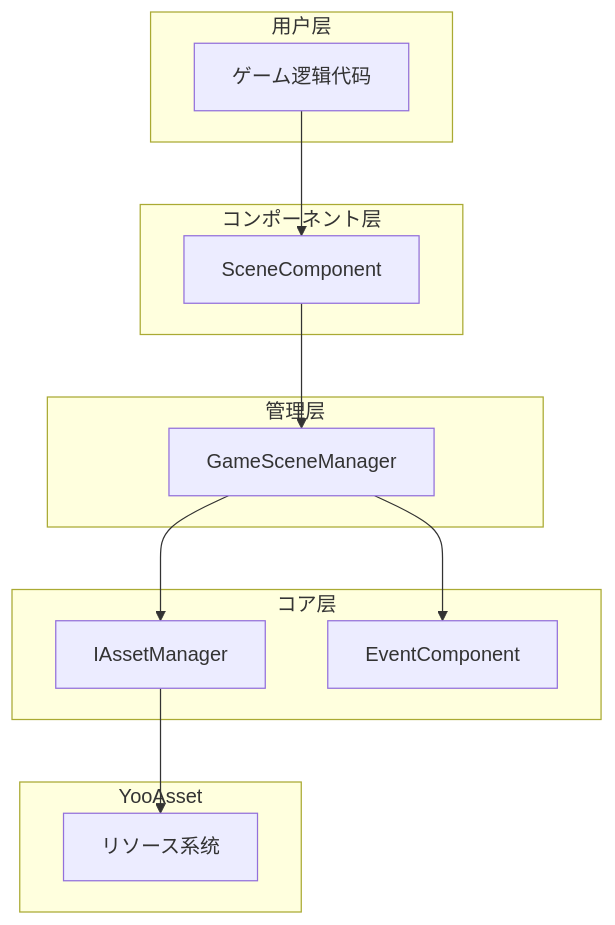
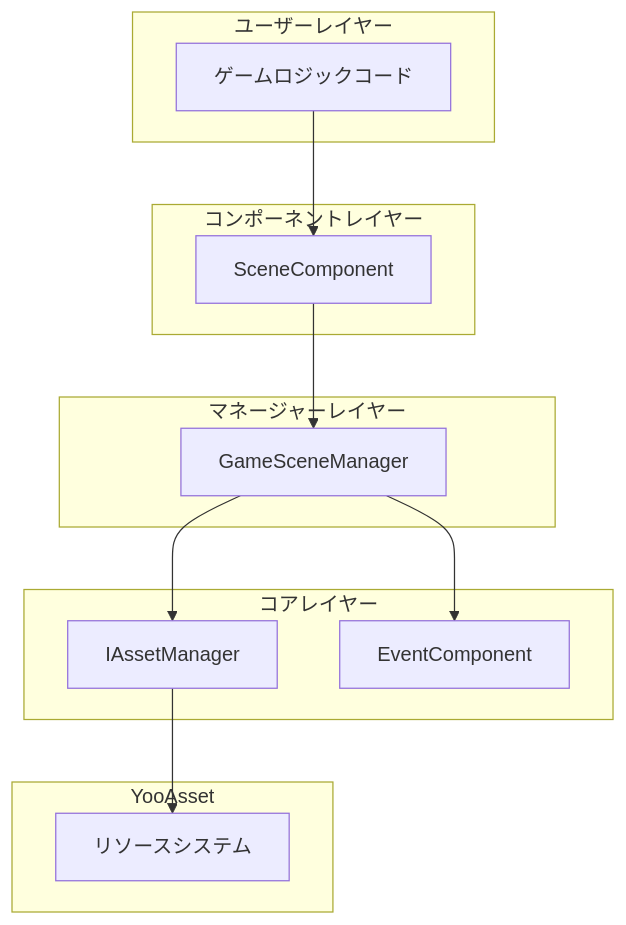
One commit to AlianBlank/GameFrameX.Docs changed the first of 2 diagrams in docs/ja/client/unity/component/scene/03.getting-started.md. Above: the diagram before and after it, drawn with Mermaid. The commit also changed other lines of this file and 320 other files, not shown here.

````diff
--- a/docs/ja/client/unity/component/scene/03.getting-started.md
+++ b/docs/ja/client/unity/component/scene/03.getting-started.md
@@ -11,29 +11,29 @@
 ```mermaid
 flowchart TD
-    subgraph UserLayer["用户层"]
-        GameLogic["ゲーム逻辑代码"]
+    subgraph UserLayer["ユーザーレイヤー"]
+        GameLogic["ゲームロジックコード"]
     end
 
-    subgraph ComponentLayer["コンポーネント层"]
+    subgraph ComponentLayer["コンポーネントレイヤー"]
         SceneComp["SceneComponent"]
     end
 
-    subgraph ManagerLayer["管理层"]
+    subgraph ManagerLayer["マネージャーレイヤー"]
         SceneMgr["GameSceneManager"]
     end
 
-    subgraph CoreLayer["コア层"]
+    subgraph CoreLayer["コアレイヤー"]
         AssetMgr["IAssetManager"]
         EventComp["EventComponent"]
     end
 
     subgraph YooAsset["YooAsset"]
-        YooAssetCore["リソース系统"]
+        YooAssetCore["リソースシステム"]
     end
 
     GameLogic --> SceneComp
     SceneComp --> SceneMgr
     SceneMgr --> AssetMgr
     SceneMgr --> EventComp
     AssetMgr --> YooAssetCore
 ```
````
